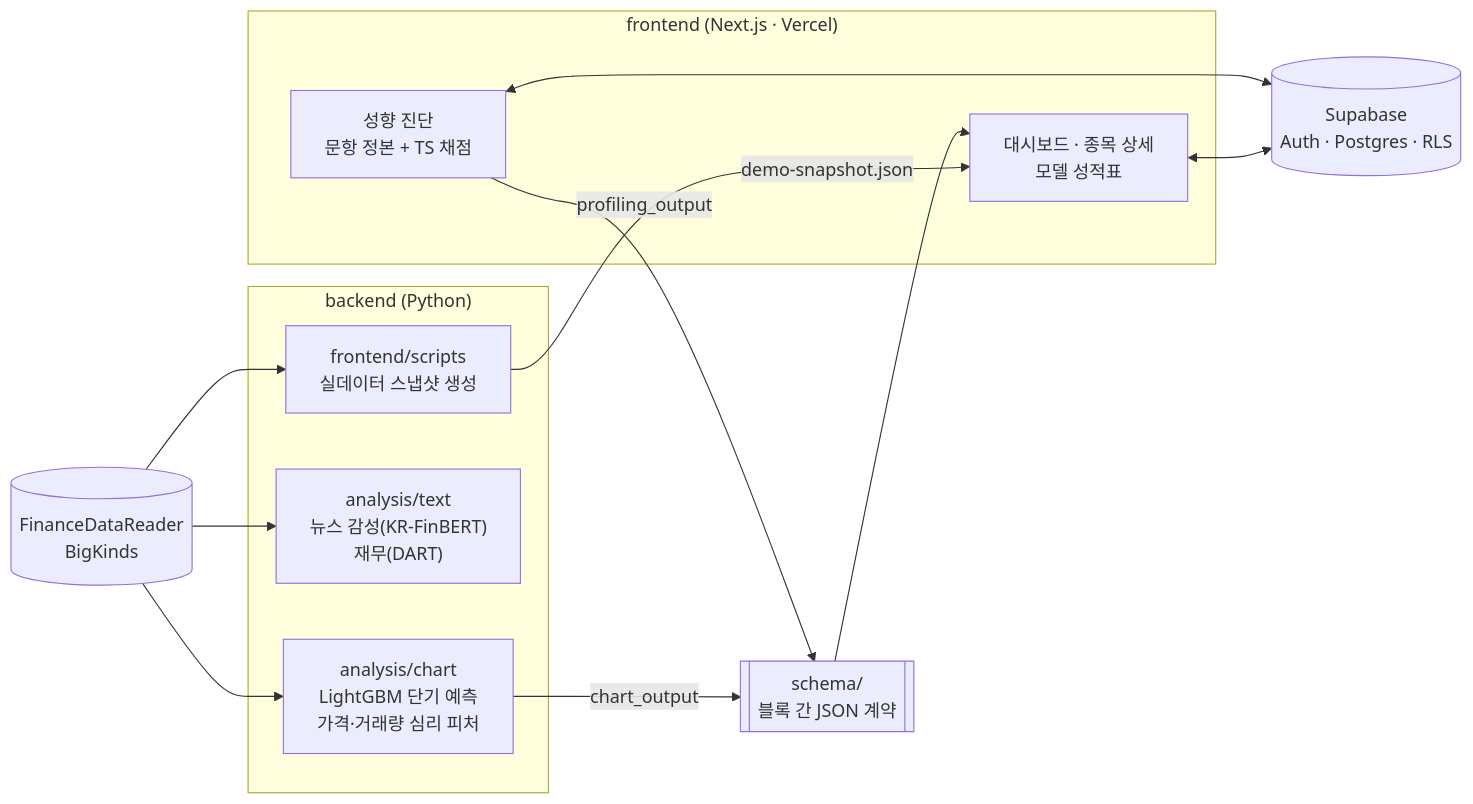
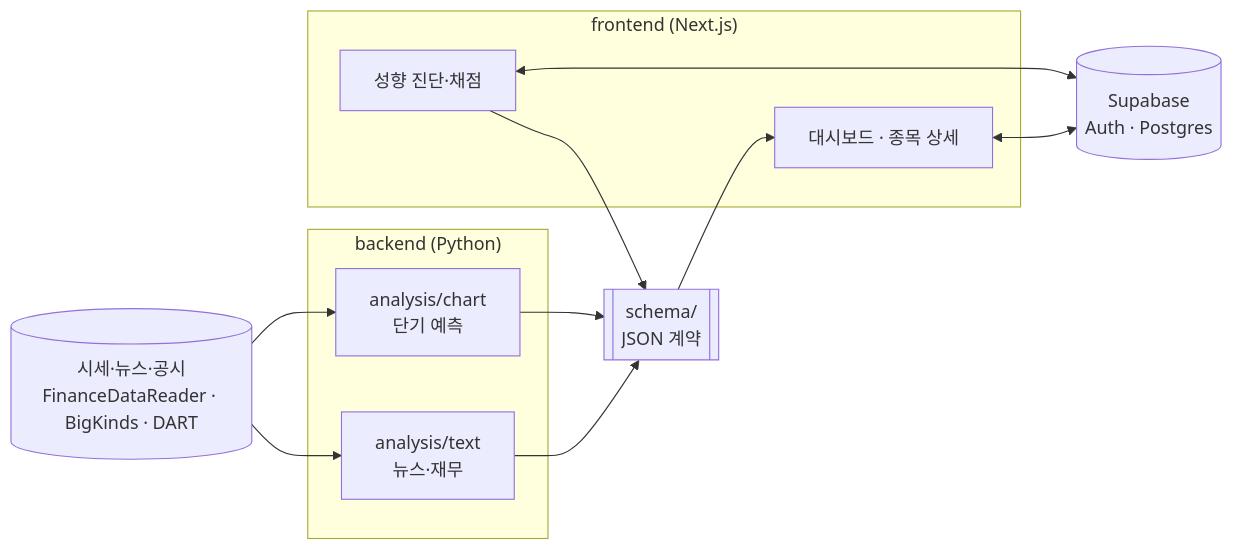
One commit to 2026Graduation-Work/Stock_Prediction_v2 changed the diagram in README.md. Above: the diagram before and after it, drawn with Mermaid. The commit also changed other lines of this file and 1 other file, not shown here.

````diff
--- a/README.md
+++ b/README.md
@@ -44,23 +76,20 @@
 ```mermaid
 flowchart LR
+  src[("시세·뉴스·공시<br/>FinanceDataReader · BigKinds · DART")]
   subgraph backend["backend (Python)"]
-    chart["analysis/chart<br/>LightGBM 단기 예측<br/>가격·거래량 심리 피처"]
-    text["analysis/text<br/>뉴스 감성(KR-FinBERT)<br/>재무(DART)"]
-    snap["frontend/scripts<br/>실데이터 스냅샷 생성"]
+    chart["analysis/chart<br/>단기 예측"]
+    text["analysis/text<br/>뉴스·재무"]
   end
-  schema[["schema/<br/>블록 간 JSON 계약"]]
-  subgraph frontend["frontend (Next.js · Vercel)"]
-    survey["성향 진단<br/>문항 정본 + TS 채점"]
-    ui["대시보드 · 종목 상세<br/>모델 성적표"]
+  schema[["schema/<br/>JSON 계약"]]
+  subgraph frontend["frontend (Next.js)"]
+    survey["성향 진단·채점"]
+    ui["대시보드 · 종목 상세"]
   end
-  db[("Supabase<br/>Auth · Postgres · RLS")]
-  src[("FinanceDataReader<br/>BigKinds")]
+  db[("Supabase<br/>Auth · Postgres")]
 
-  src --> text & snap & chart
-  chart -- chart_output --> schema
-  survey -- profiling_output --> schema
-  schema --> ui
-  snap -- demo-snapshot.json --> ui
+  src --> chart & text
+  chart & text --> schema --> ui
+  survey --> schema
   survey <--> db
   ui <--> db
 ```
````
